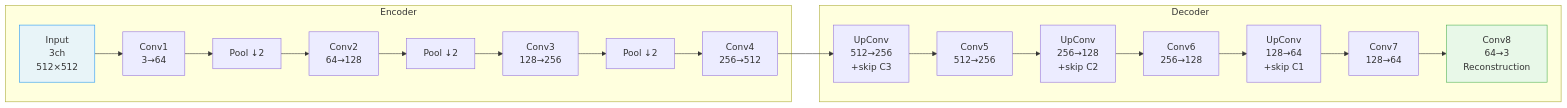
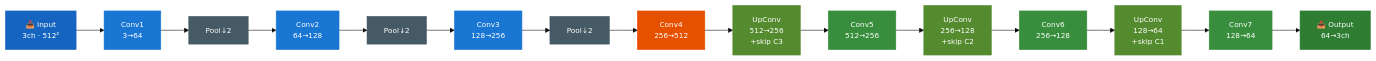
One commit to buttegggggggg/buttegggggggg.github.io changed the third of 4 diagrams in DL.qmd. Above: the diagram before and after it, drawn with Mermaid. The commit also changed other lines of this file and 1 other file, not shown here.

First line of the commit message:
Fix Mermaid diagrams: dark fill/white text, <br/> line breaks, width-constrained

````diff
--- a/DL.qmd
+++ b/DL.qmd
@@ -282,18 +310,35 @@
 ```{mermaid}
+%%{init: {"theme": "base", "themeVariables": {"fontSize": "13px"}}}%%
 flowchart LR
-    subgraph Encoder["Encoder"]
-        IN["Input\n3ch\n512×512"] --> C1["Conv1\n3→64"]
-        C1 --> P1["Pool ↓2"] --> C2["Conv2\n64→128"]
-        C2 --> P2["Pool ↓2"] --> C3["Conv3\n128→256"]
-        C3 --> P3["Pool ↓2"] --> C4["Conv4\n256→512"]
-    end
-    subgraph Decoder["Decoder"]
-        U1["UpConv\n512→256\n+skip C3"] --> D1["Conv5\n512→256"]
-        D1 --> U2["UpConv\n256→128\n+skip C2"] --> D2["Conv6\n256→128"]
-        D2 --> U3["UpConv\n128→64\n+skip C1"] --> D3["Conv7\n128→64"]
-        D3 --> OUT["Conv8\n64→3\nReconstruction"]
-    end
-    C4 --> U1
-    style IN fill:#e8f4f8,stroke:#2196F3
-    style OUT fill:#e8f8e8,stroke:#4CAF50
+    IN["📥 Input<br/>3ch · 512²"]
+    C1["Conv1<br/>3→64"] --> P1["Pool↓2"]
+    P1 --> C2["Conv2<br/>64→128"] --> P2["Pool↓2"]
+    P2 --> C3["Conv3<br/>128→256"] --> P3["Pool↓2"]
+    P3 --> C4["Conv4<br/>256→512"]
+
+    C4 --> U1["UpConv<br/>512→256<br/>+skip C3"]
+    U1 --> D1["Conv5<br/>512→256"]
+    D1 --> U2["UpConv<br/>256→128<br/>+skip C2"]
+    U2 --> D2["Conv6<br/>256→128"]
+    D2 --> U3["UpConv<br/>128→64<br/>+skip C1"]
+    U3 --> D3["Conv7<br/>128→64"]
+    D3 --> OUT["📤 Output<br/>64→3ch"]
+
+    IN --> C1
+
+    style IN  fill:#1565C0,color:#fff,stroke:#1565C0
+    style C1  fill:#1976D2,color:#fff,stroke:#1976D2
+    style P1  fill:#455A64,color:#fff,stroke:#455A64
+    style C2  fill:#1976D2,color:#fff,stroke:#1976D2
+    style P2  fill:#455A64,color:#fff,stroke:#455A64
+    style C3  fill:#1976D2,color:#fff,stroke:#1976D2
+    style P3  fill:#455A64,color:#fff,stroke:#455A64
+    style C4  fill:#E65100,color:#fff,stroke:#E65100
+    style U1  fill:#558B2F,color:#fff,stroke:#558B2F
+    style D1  fill:#388E3C,color:#fff,stroke:#388E3C
+    style U2  fill:#558B2F,color:#fff,stroke:#558B2F
+    style D2  fill:#388E3C,color:#fff,stroke:#388E3C
+    style U3  fill:#558B2F,color:#fff,stroke:#558B2F
+    style D3  fill:#388E3C,color:#fff,stroke:#388E3C
+    style OUT fill:#2E7D32,color:#fff,stroke:#2E7D32
 ```
````
